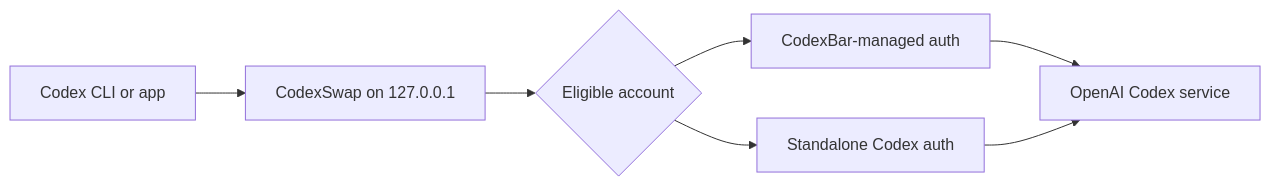
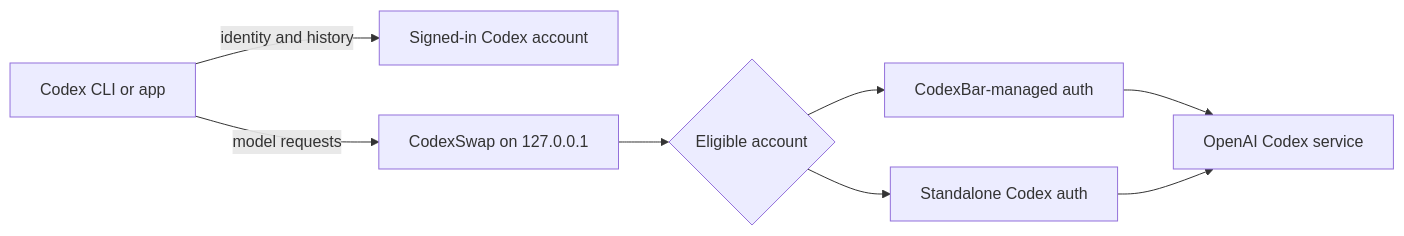
One commit to M1Vj/CodexSwap changed the diagram in README.md. Above: the diagram before and after it, drawn with Mermaid. The commit also changed other lines of this file and 29 other files, not shown here.

First line of the commit message:
fix(routing): preserve Codex history and harden failover

````diff
--- a/README.md
+++ b/README.md
@@ -99,9 +110,10 @@
 ```mermaid
 flowchart LR
-    C["Codex CLI or app"] --> P["CodexSwap on 127.0.0.1"]
+    C["Codex CLI or app"] -->|"identity and history"| H["Signed-in Codex account"]
+    C -->|"model requests"| P["CodexSwap on 127.0.0.1"]
     P --> R{"Eligible account"}
     R --> B["CodexBar-managed auth"]
     R --> S["Standalone Codex auth"]
     B --> O["OpenAI Codex service"]
     S --> O
 ```
````
